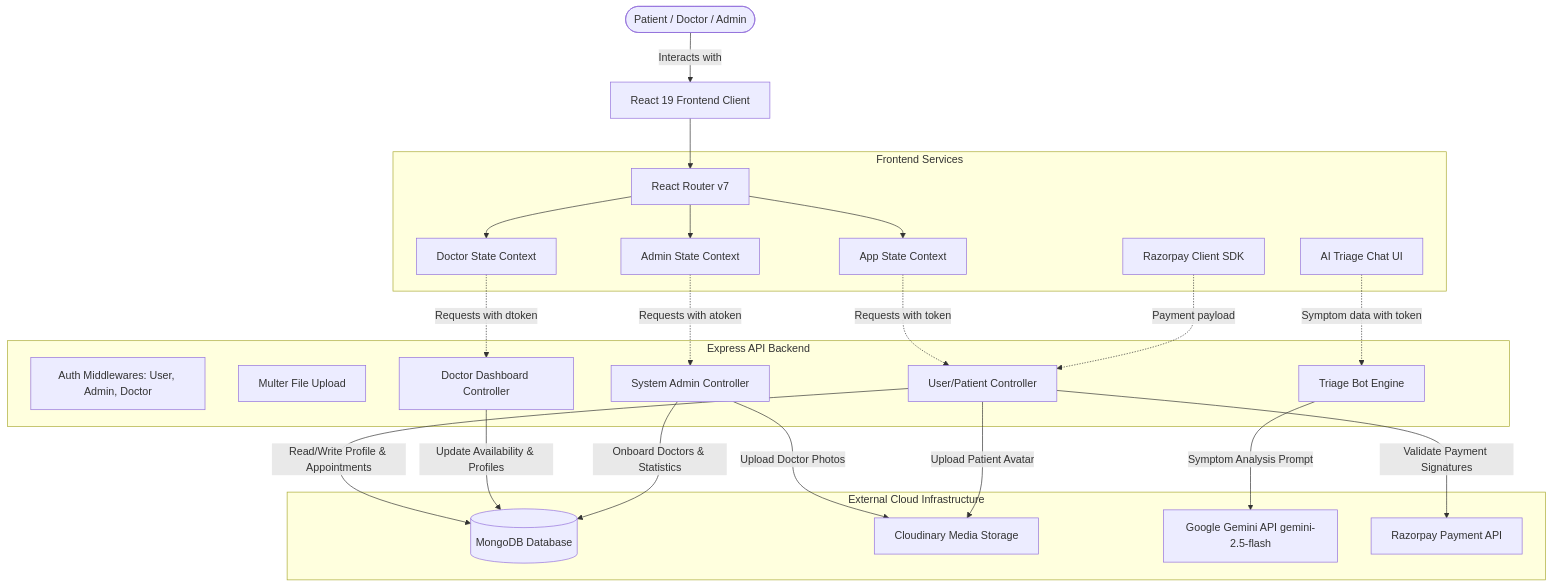
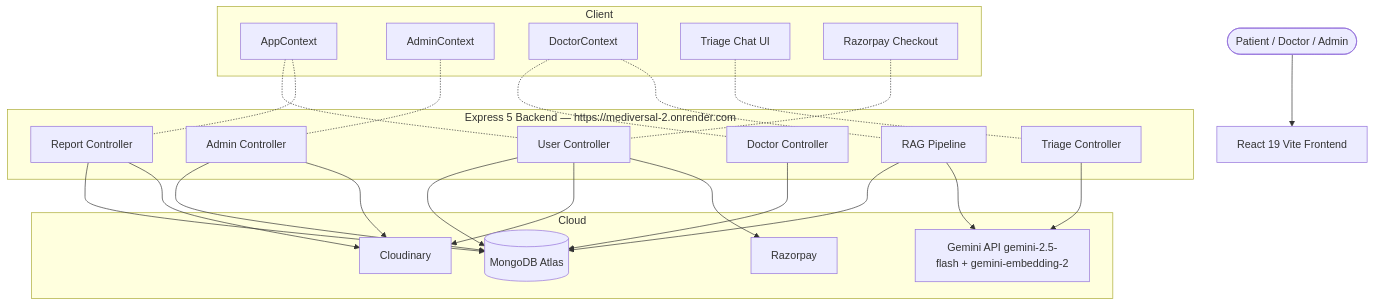
Before and after one commit to rakshit432/Mediversal: the second of 2 diagrams in README.md, drawn with Mermaid. The commit also changed other lines of this file, not shown here.

First line of the commit message:
feat: add Medical Reports RAG Engine docs + update production backend URL

````diff
--- a/README.md
+++ b/README.md
@@ -59,50 +215,50 @@
 ```mermaid
 graph TD
-    User([Patient / Doctor / Admin]) -->|Interacts with| Frontend[React 19 Frontend Client]
-    
-    subgraph Frontend Services
-        Router[React Router v7]
-        TriageBotComponent[AI Triage Chat UI]
-        RazorpayCheckout[Razorpay Client SDK]
-        AppContext[App State Context]
-        AdminContext[Admin State Context]
-        DoctorContext[Doctor State Context]
+    User([Patient / Doctor / Admin]) --> Frontend[React 19 Vite Frontend]
+
+    subgraph Client
+        AppCtx[AppContext]
+        AdminCtx[AdminContext]
+        DocCtx[DoctorContext]
+        TriageUI[Triage Chat UI]
+        RazorUI[Razorpay Checkout]
     end
-    
-    Frontend --> Router
-    Router --> AppContext
-    Router --> AdminContext
-    Router --> DoctorContext
-    
-    subgraph Express API Backend
-        AuthMiddleware[Auth Middlewares: User, Admin, Doctor]
-        MulterMiddleware[Multer File Upload]
-        UserController[User/Patient Controller]
-        DoctorController[Doctor Dashboard Controller]
-        AdminController[System Admin Controller]
-        TriageController[Triage Bot Engine]
+
+    subgraph API ["Express 5 Backend — https://mediversal-2.onrender.com"]
+        UserCtrl[User Controller]
+        DocCtrl[Doctor Controller]
+        AdminCtrl[Admin Controller]
+        TriageCtrl[Triage Controller]
+        ReportCtrl[Report Controller]
+        RAG[RAG Pipeline]
     end
-    
-    AppContext -.->|Requests with token| UserController
-    DoctorContext -.->|Requests with dtoken| DoctorController
-    AdminContext -.->|Requests with atoken| AdminController
-    TriageBotComponent -.->|Symptom data with token| TriageController
-    RazorpayCheckout -.->|Payment payload| UserController
-    
-    subgraph External Cloud Infrastructure
-        MongoDB[(MongoDB Database)]
-        Cloudinary[Cloudinary Media Storage]
-        Gemini[Google Gemini API gemini-2.5-flash]
-        Razorpay[Razorpay Payment API]
+
+    subgraph Cloud
+        Mongo[(MongoDB Atlas)]
+        CDN[Cloudinary]
+        GeminiAPI["Gemini API gemini-2.5-flash + gemini-embedding-2"]
+        RPay[Razorpay]
     end
-    
-    UserController -->|Read/Write Profile & Appointments| MongoDB
-    DoctorController -->|Update Availability & Profiles| MongoDB
-    AdminController -->|Onboard Doctors & Statistics| MongoDB
-    
-    AdminController -->|Upload Doctor Photos| Cloudinary
-    UserController -->|Upload Patient Avatar| Cloudinary
-    
-    TriageController -->|Symptom Analysis Prompt| Gemini
-    UserController -->|Validate Payment Signatures| Razorpay
+
+    AppCtx -.- UserCtrl
+    AppCtx -.- ReportCtrl
+    DocCtx -.- DocCtrl
+    DocCtx -.- RAG
+    AdminCtx -.- AdminCtrl
+    TriageUI -.- TriageCtrl
+    RazorUI -.- UserCtrl
+
+    UserCtrl --> Mongo
+    DocCtrl --> Mongo
+    AdminCtrl --> Mongo
+    ReportCtrl --> Mongo
+    RAG --> Mongo
+
+    AdminCtrl --> CDN
+    UserCtrl --> CDN
+    ReportCtrl --> CDN
+
+    TriageCtrl --> GeminiAPI
+    RAG --> GeminiAPI
+    UserCtrl --> RPay
 ```
````
